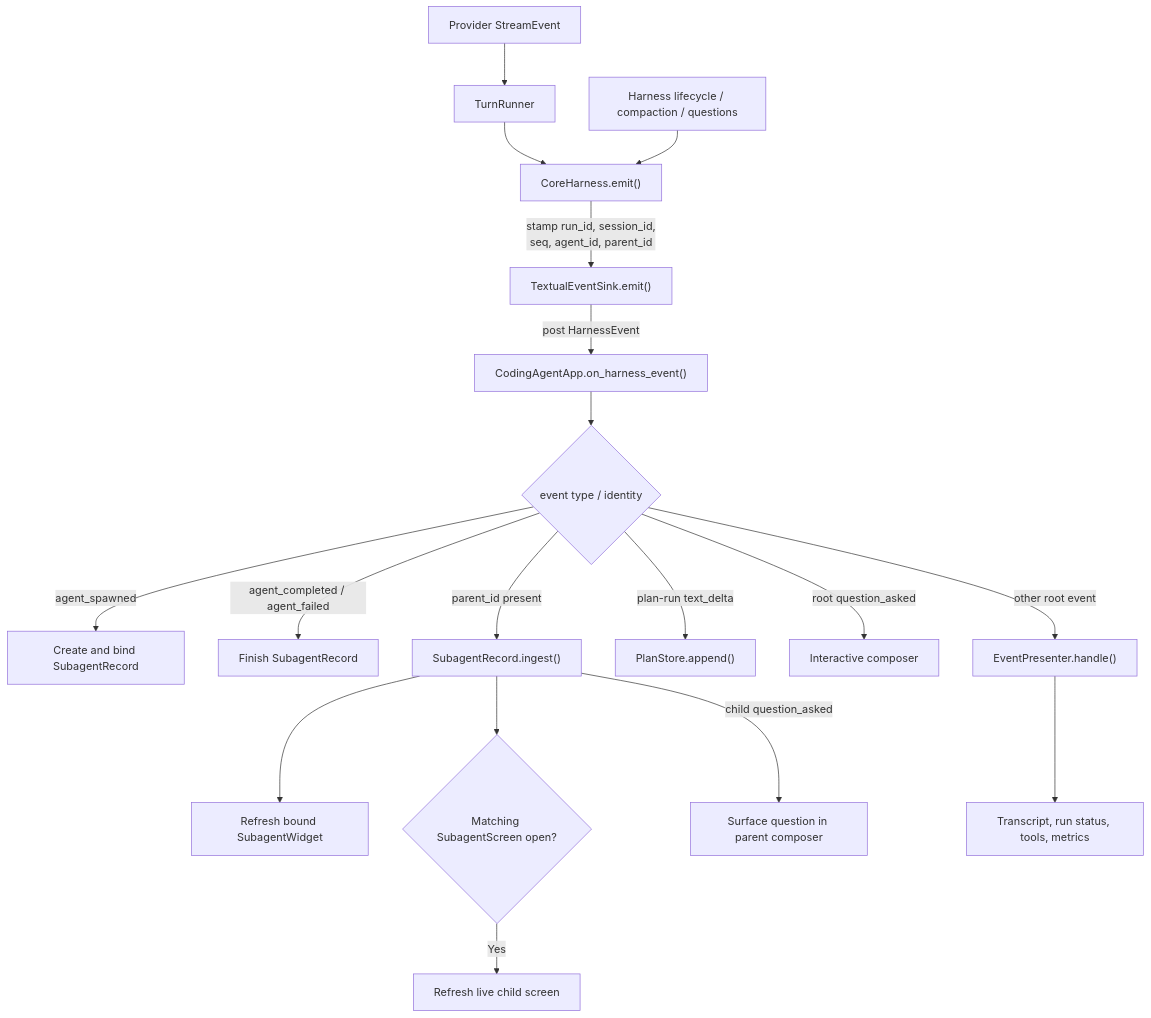
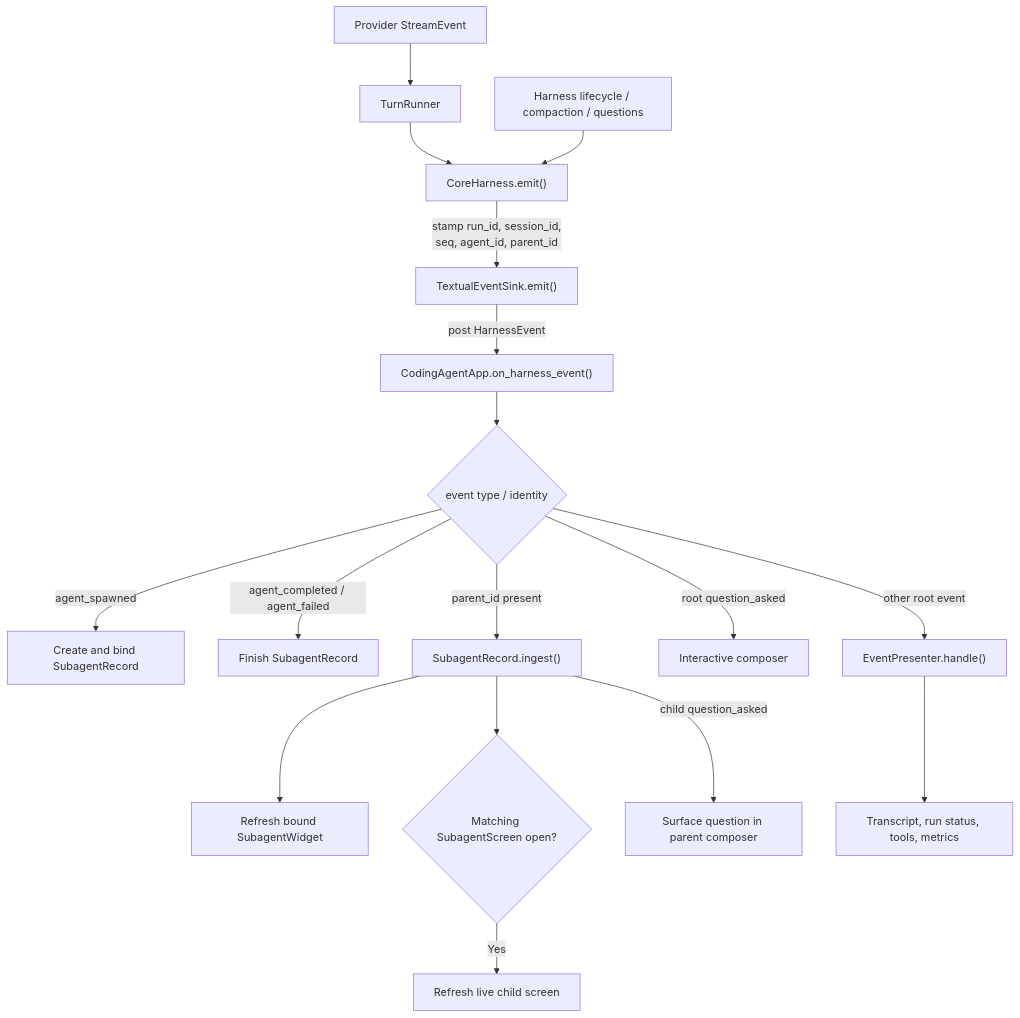
The third of 4 diagrams in coding_agent/TUI_ARCHITECTURE.md (Sarthakischauhan/symphony), drawn with Mermaid before and after one commit. The commit also changed other lines of this file and 50 other files, not shown here.

````diff
--- a/coding_agent/TUI_ARCHITECTURE.md
+++ b/coding_agent/TUI_ARCHITECTURE.md
@@ -164,22 +153,21 @@
 ```mermaid
 flowchart TD
     PROVIDER["Provider StreamEvent"] --> TURN["TurnRunner"]
     TURN --> IDENT["CoreHarness.emit()"]
     STATE["Harness lifecycle / compaction / questions"] --> IDENT
     IDENT -->|"stamp run_id, session_id,<br/>seq, agent_id, parent_id"| TEXTUAL["TextualEventSink.emit()"]
     TEXTUAL -->|"post HarnessEvent"| ROUTER["CodingAgentApp.on_harness_event()"]
 
     ROUTER --> SPAWN{"event type / identity"}
     SPAWN -->|"agent_spawned"| REGISTER["Create and bind SubagentRecord"]
     SPAWN -->|"agent_completed / agent_failed"| FINISH["Finish SubagentRecord"]
     SPAWN -->|"parent_id present"| CHILD["SubagentRecord.ingest()"]
-    SPAWN -->|"plan-run text_delta"| PLAN["PlanStore.append()"]
     SPAWN -->|"root question_asked"| QUESTION["Interactive composer"]
     SPAWN -->|"other root event"| PRESENTER["EventPresenter.handle()"]
 
     CHILD --> CARD["Refresh bound SubagentWidget"]
     CHILD --> SCREEN{"Matching SubagentScreen open?"}
     SCREEN -- Yes --> REFRESH["Refresh live child screen"]
     CHILD -->|"child question_asked"| CHILDQUESTION["Surface question in parent composer"]
     PRESENTER --> UI["Transcript, run status, tools, metrics"]
 ```
````
